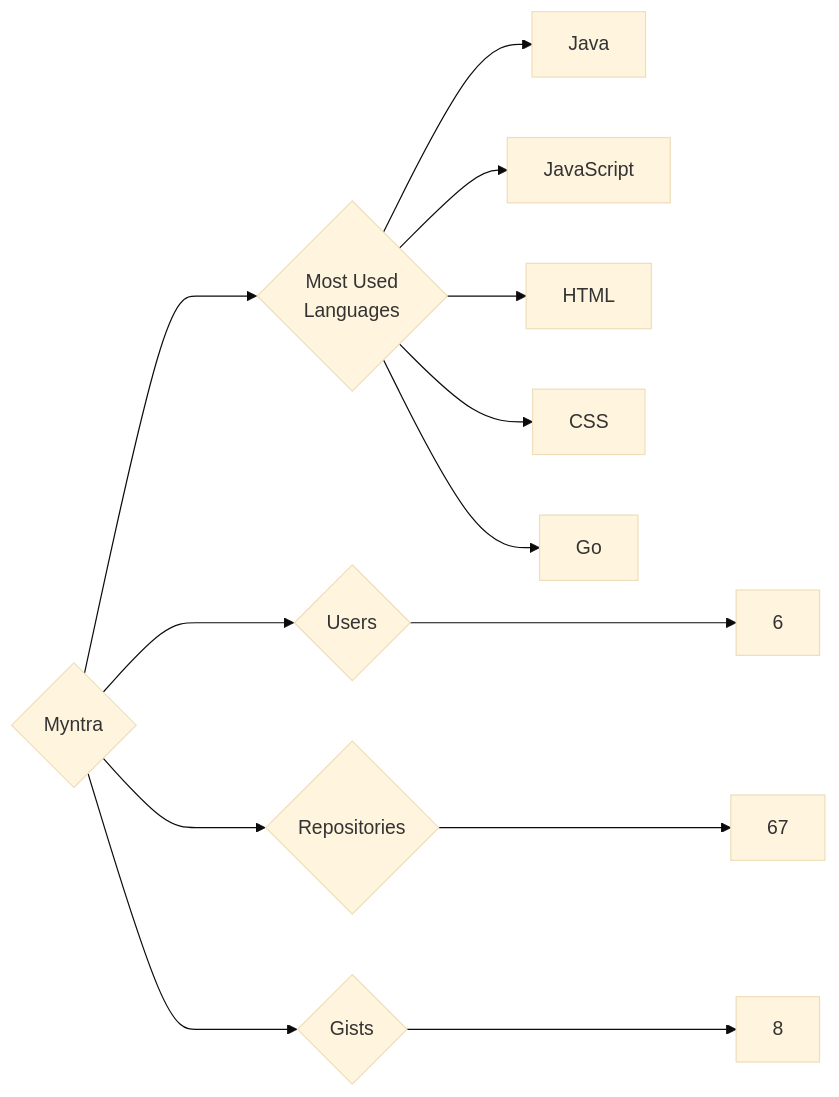
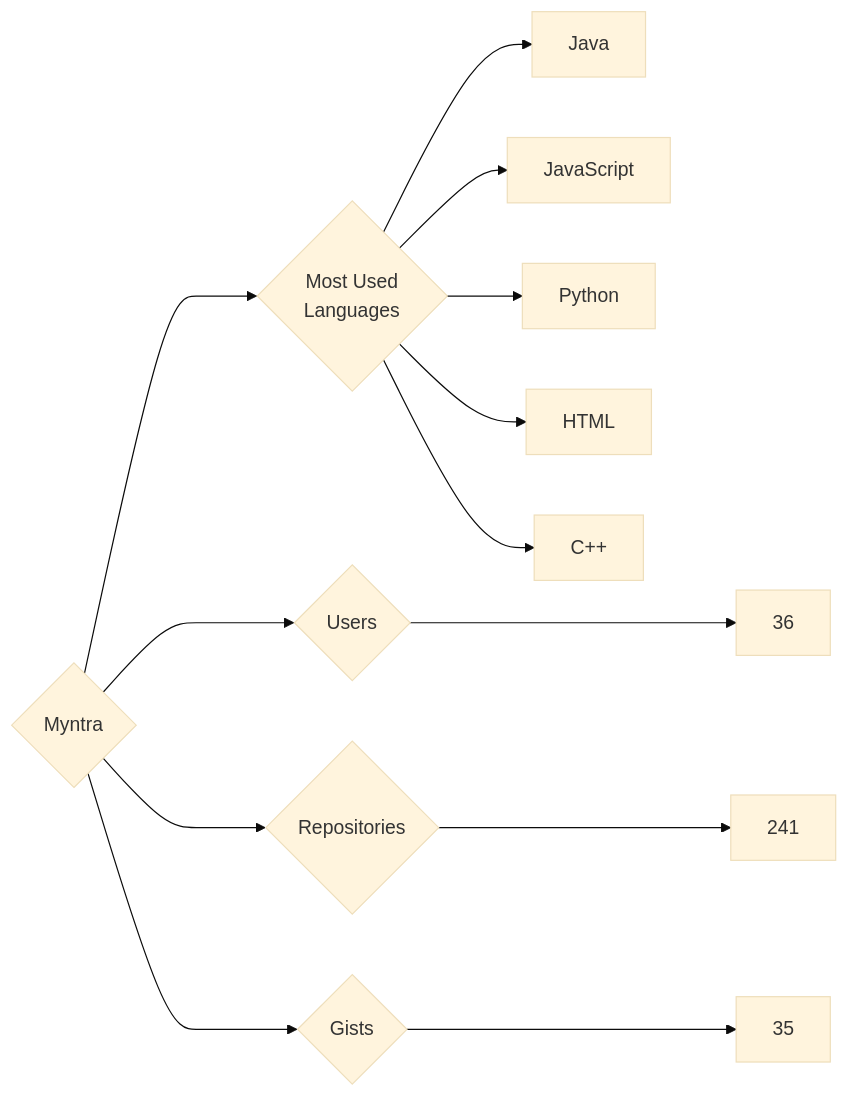
The diagram in targets/Myntra/README.md (trickest/insiders), drawn with Mermaid (base theme) before and after one commit. The commit also changed 912 other files, not shown here.

````diff
--- a/targets/Myntra/README.md
+++ b/targets/Myntra/README.md
@@ -3,13 +3,13 @@
 ```mermaid
 graph LR
 COMPANY_NAME{Myntra}
-COMPANY_NAME ---> U{Users} ---> UN[6]
-COMPANY_NAME ---> R{Repositories} ---> RN[67]
-COMPANY_NAME ---> G{Gists} ---> GN[8]
+COMPANY_NAME ---> U{Users} ---> UN[36]
+COMPANY_NAME ---> R{Repositories} ---> RN[241]
+COMPANY_NAME ---> G{Gists} ---> GN[35]
 COMPANY_NAME ---> ML{Most Used<br>Languages}
 ML --> Java[Java]
 ML --> JavaScript[JavaScript]
+ML --> Python[Python]
 ML --> HTML[HTML]
-ML --> CSS[CSS]
-ML --> Go[Go]
+ML --> C++[C++]
 ```
````
